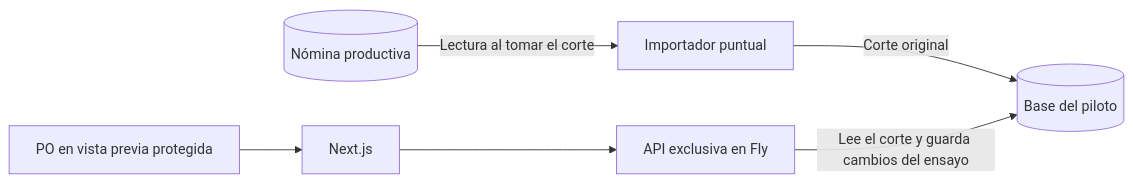
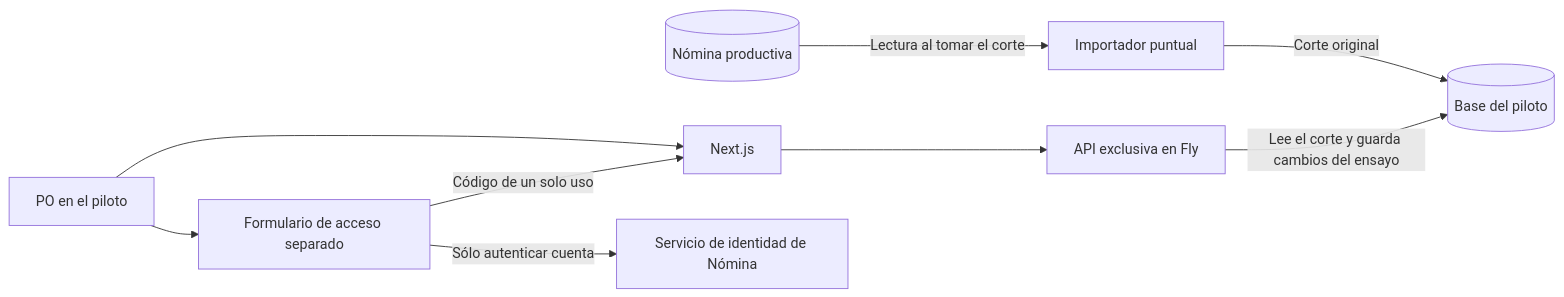
One commit to minnica/keysarcosmetics changed the diagram in docs/PAYROLL_PILOT.md. Above: the diagram before and after it, drawn with Mermaid. The commit also changed other lines of this file, not shown here.

````diff
--- a/docs/PAYROLL_PILOT.md
+++ b/docs/PAYROLL_PILOT.md
@@ -43,8 +43,11 @@
 ```mermaid
 flowchart LR
   PROD[(Nómina productiva)] -->|Lectura al tomar el corte| IMPORT[Importador puntual]
   IMPORT -->|Corte original| PILOT[(Base del piloto)]
-  PO[PO en vista previa protegida] --> NEXT[Next.js]
+  PO[PO en el piloto] --> NEXT[Next.js]
   NEXT --> API[API exclusiva en Fly]
+  PO --> LOGIN[Formulario de acceso separado]
+  LOGIN -->|Sólo autenticar cuenta| AUTH[Servicio de identidad de Nómina]
+  LOGIN -->|Código de un solo uso| NEXT
   API -->|Lee el corte y guarda cambios del ensayo| PILOT
 ```
````
